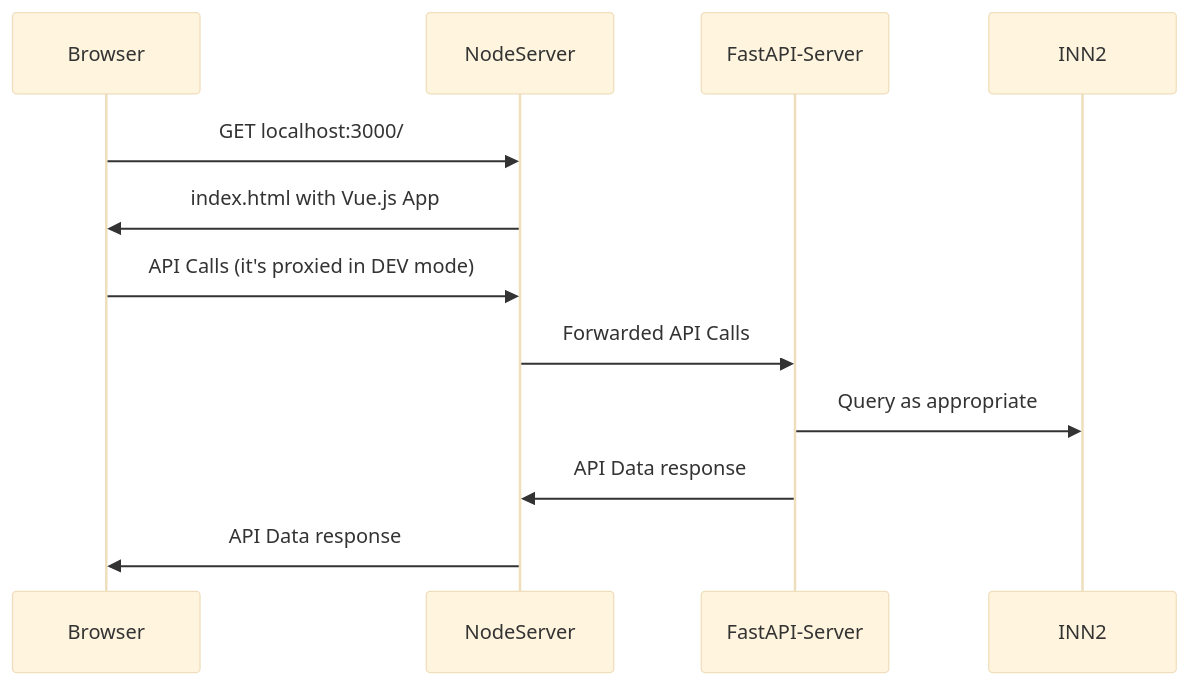
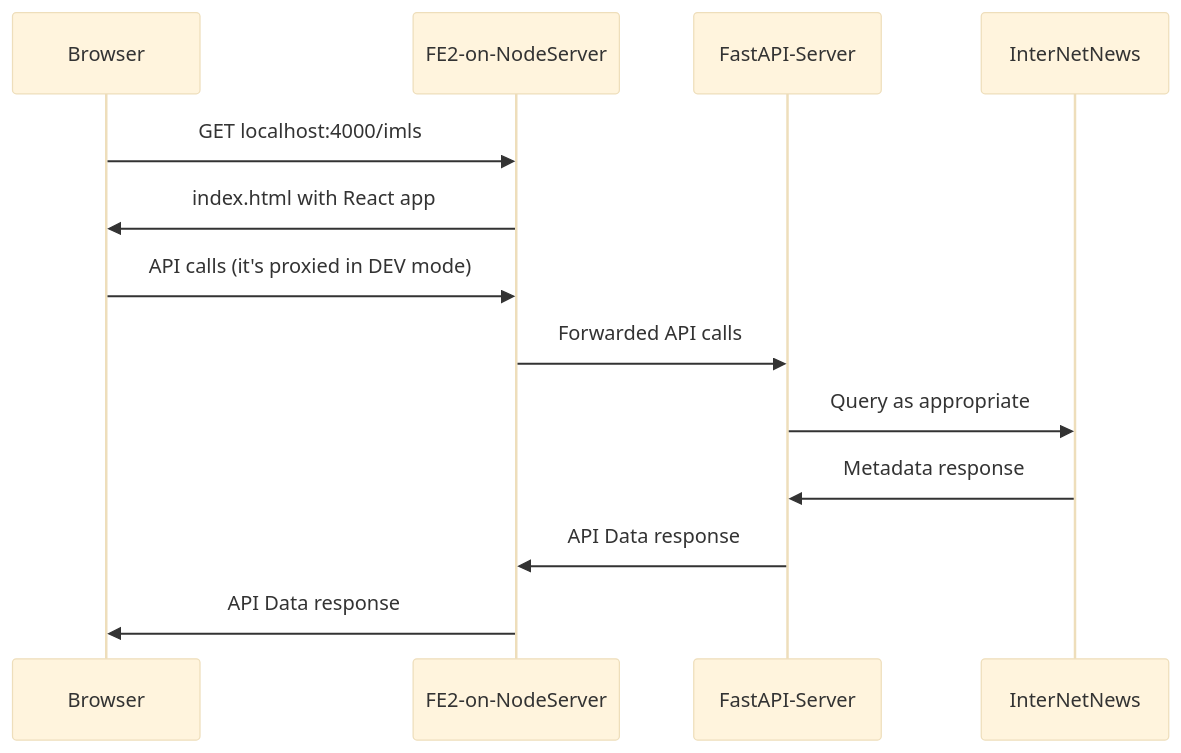
The diagram in README.md (ISKME/Open-Metadata-Exchange), drawn with Mermaid (base theme) before and after one commit. The commit also changed other lines of this file, not shown here.

````diff
--- a/README.md
+++ b/README.md
@@ -9,15 +9,16 @@
 ```mermaid
 sequenceDiagram
 	participant Browser
-	participant NodeServer
+	participant FE2-on-NodeServer
 	participant FastAPI-Server
-	participant INN2
+	participant InterNetNews
 
-	Browser->>NodeServer: GET localhost:3000/
-	NodeServer->>Browser: index.html with Vue.js App
-	Browser->>NodeServer: API Calls (it's proxied in DEV mode)
-	NodeServer->>FastAPI-Server: Forwarded API Calls
-	FastAPI-Server->>INN2: Query as appropriate
-	FastAPI-Server->>NodeServer: API Data response
-	NodeServer->>Browser: API Data response
+	Browser->>FE2-on-NodeServer: GET localhost:4000/imls
+	FE2-on-NodeServer->>Browser: index.html with React app
+	Browser->>FE2-on-NodeServer: API calls (it's proxied in DEV mode)
+	FE2-on-NodeServer->>FastAPI-Server: Forwarded API calls
+	FastAPI-Server->>InterNetNews: Query as appropriate
+        InterNetNews->>FastAPI-Server: Metadata response
+	FastAPI-Server->>FE2-on-NodeServer: API Data response
+	FE2-on-NodeServer->>Browser: API Data response
 ```
````
